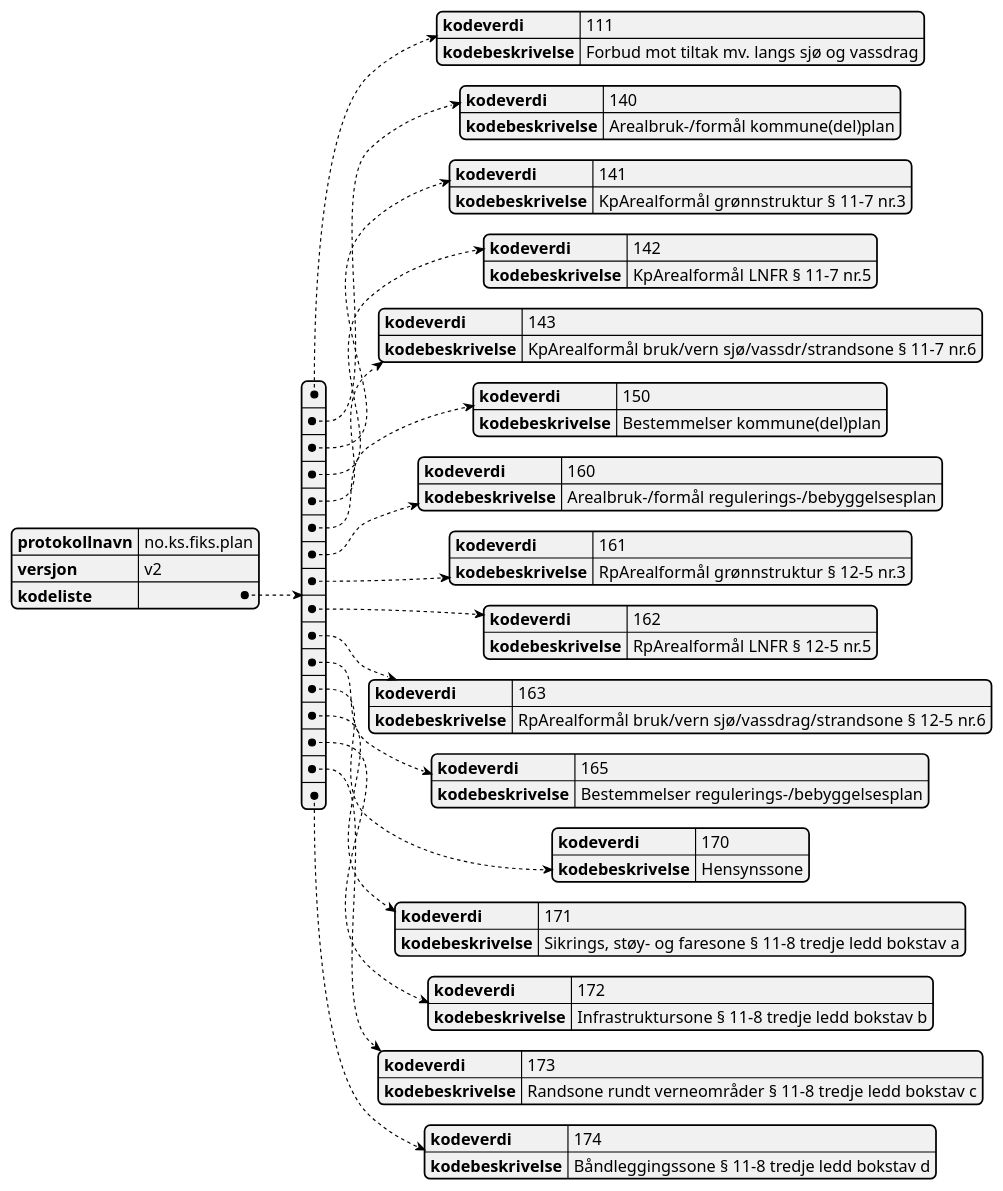
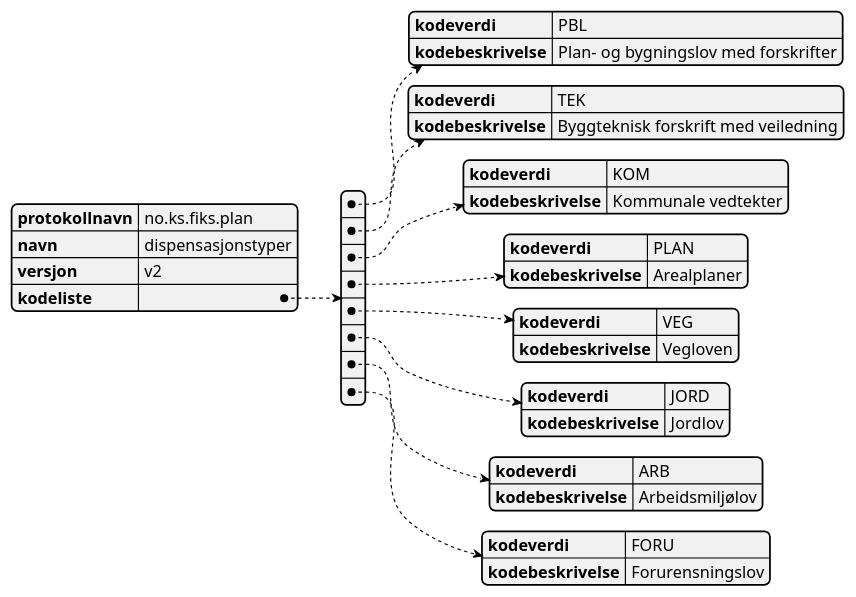
Before and after one commit to ks-no/fiks-plan-specification: the diagram in Schema/V2/kodelister/no.ks.fiks.plan.v2.kodelister.dispensasjonstyper/no.ks.fiks.plan.v2.kodelister.dispensasjonstyper.puml, drawn with PlantUML. The commit also changed 11 other files, not shown here.

```diff
--- a/Schema/V2/kodelister/no.ks.fiks.plan.v2.kodelister.dispensasjonstyper/no.ks.fiks.plan.v2.kodelister.dispensasjonstyper.puml
+++ b/Schema/V2/kodelister/no.ks.fiks.plan.v2.kodelister.dispensasjonstyper/no.ks.fiks.plan.v2.kodelister.dispensasjonstyper.puml
@@ -1,72 +1,41 @@
 @startjson
 {
   "protokollnavn": "no.ks.fiks.plan",
+  "navn": "dispensasjonstyper",
   "versjon": "v2",
   "kodeliste": [
     {
-      "kodeverdi" : "111",
-      "kodebeskrivelse" : "Forbud mot tiltak mv. langs sjø og vassdrag"
+      "kodeverdi" : "PBL",
+      "kodebeskrivelse" : "Plan- og bygningslov med forskrifter"
     },
     {
-      "kodeverdi" : "140",
-      "kodebeskrivelse" : "Arealbruk-/formål kommune(del)plan"
+      "kodeverdi" : "TEK",
+      "kodebeskrivelse" : "Byggteknisk forskrift med veiledning"
     },
     {
-      "kodeverdi" : "141",
-      "kodebeskrivelse" : "KpArealformål grønnstruktur § 11-7 nr.3"
+      "kodeverdi" : "KOM",
+      "kodebeskrivelse" : "Kommunale vedtekter"
     },
     {
-      "kodeverdi" : "142",
-      "kodebeskrivelse" : "KpArealformål LNFR § 11-7 nr.5"
+      "kodeverdi" : "PLAN",
+      "kodebeskrivelse" : "Arealplaner"
     },
     {
-      "kodeverdi" : "143",
-      "kodebeskrivelse" : "KpArealformål bruk/vern sjø/vassdr/strandsone § 11-7 nr.6"
+      "kodeverdi" : "VEG",
+      "kodebeskrivelse" : "Vegloven"
     },
     {
-      "kodeverdi" : "150",
-      "kodebeskrivelse" : "Bestemmelser kommune(del)plan"
+      "kodeverdi" : "JORD",
+      "kodebeskrivelse" : "Jordlov"
     },
     {
-      "kodeverdi" : "160",
-      "kodebeskrivelse" : "Arealbruk-/formål regulerings-/bebyggelsesplan"
+      "kodeverdi" : "ARB",
+      "kodebeskrivelse" : "Arbeidsmiljølov"
     },
     {
-      "kodeverdi" : "161",
-      "kodebeskrivelse" : "RpArealformål grønnstruktur § 12-5 nr.3"
-    },
-    {
-      "kodeverdi" : "162",
-      "kodebeskrivelse" : "RpArealformål LNFR § 12-5 nr.5"
-    },
-    {
-      "kodeverdi" : "163",
-      "kodebeskrivelse" : "RpArealformål bruk/vern sjø/vassdrag/strandsone § 12-5 nr.6"
-    },
-    {
-      "kodeverdi" : "165",
-      "kodebeskrivelse" : "Bestemmelser regulerings-/bebyggelsesplan"
-    },
-    {
-      "kodeverdi" : "170",
-      "kodebeskrivelse" : "Hensynssone"
-    },
-    {
-      "kodeverdi" : "171",
-      "kodebeskrivelse" : "Sikrings, støy- og faresone § 11-8 tredje ledd bokstav a"
-    },
-    {
-      "kodeverdi" : "172",
-      "kodebeskrivelse" : "Infrastruktursone § 11-8 tredje ledd bokstav b"
-    },
-    {
-      "kodeverdi" : "173",
-      "kodebeskrivelse" : "Randsone rundt verneområder § 11-8 tredje ledd bokstav c"
-    },
-    {
-      "kodeverdi" : "174",
-      "kodebeskrivelse" : "Båndleggingssone § 11-8 tredje ledd bokstav d"
+      "kodeverdi" : "FORU",
+      "kodebeskrivelse" : "Forurensningslov"
     }
   ]
 }
 @endjson
```
